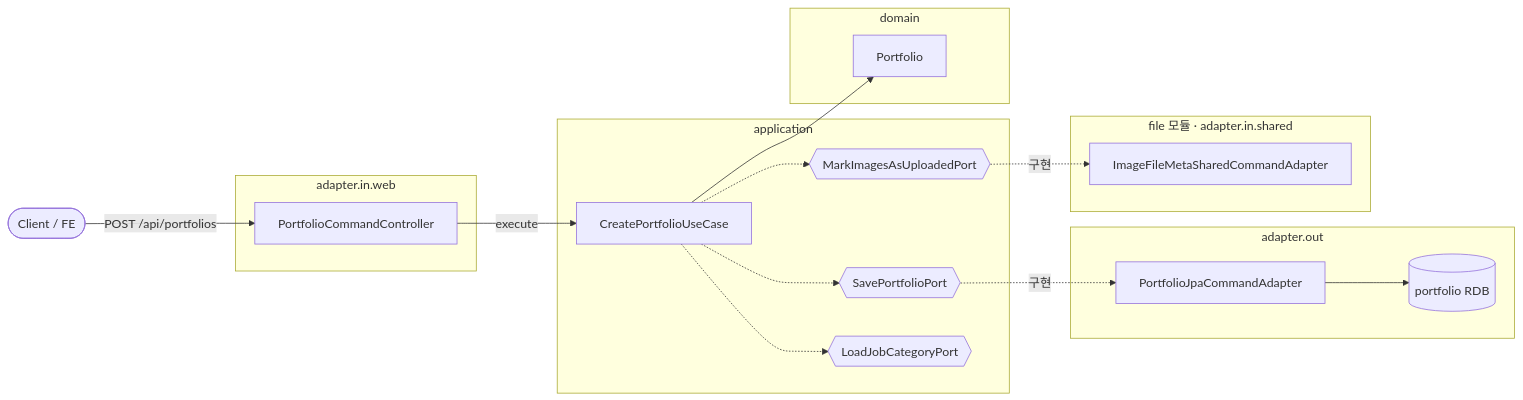
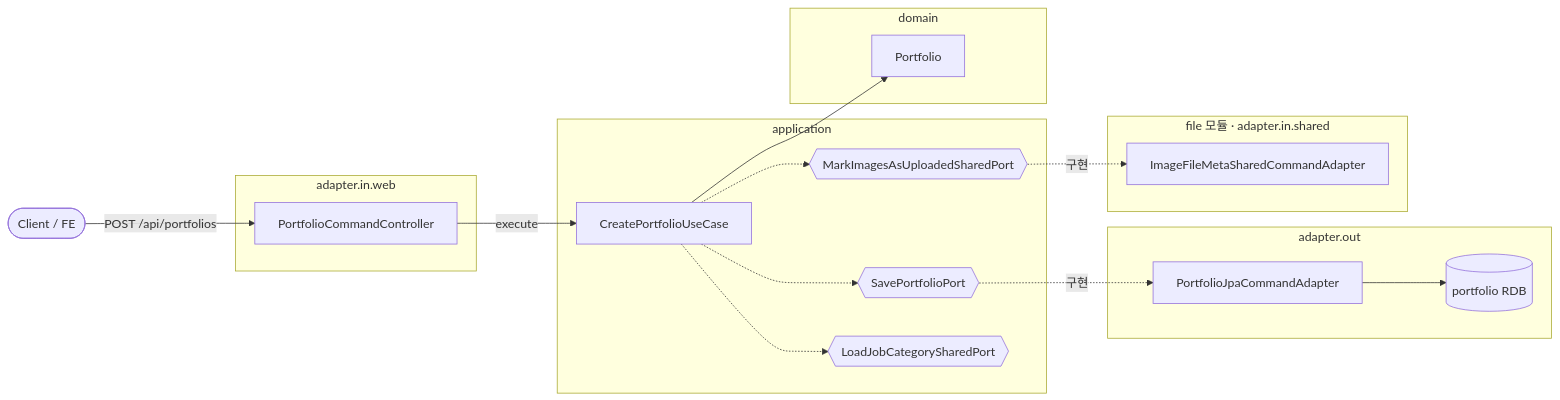
The fifth of 5 diagrams in docs/diagram/portfolio/register-flow.md (hirecore/hirecore-member-server), drawn with Mermaid before and after one commit. The commit also changed other lines of this file and 6 other files, not shown here.

Commit message:
docs: 다이어그램의 낡은 DTO/포트 식별자 갱신 (DTO 중첩·SharedPort 반영)

````diff
--- a/docs/diagram/portfolio/register-flow.md
+++ b/docs/diagram/portfolio/register-flow.md
@@ -126,38 +126,38 @@
 ```mermaid
 flowchart LR
     Client([Client / FE])
 
     subgraph web[adapter.in.web]
         Ctrl[PortfolioCommandController]
     end
 
     subgraph app[application]
         UC[CreatePortfolioUseCase]
         SavePort{{SavePortfolioPort}}
-        MarkPort{{MarkImagesAsUploadedPort}}
-        JobPort{{LoadJobCategoryPort}}
+        MarkPort{{MarkImagesAsUploadedSharedPort}}
+        JobPort{{LoadJobCategorySharedPort}}
     end
 
     subgraph domain[domain]
         Portfolio[Portfolio]
     end
 
     subgraph out[adapter.out]
         PfAdapter[PortfolioJpaCommandAdapter]
         DB[(portfolio RDB)]
     end
 
     subgraph file[file 모듈 · adapter.in.shared]
         FileAdapter[ImageFileMetaSharedCommandAdapter]
     end
 
     Client -->|POST /api/portfolios| Ctrl
     Ctrl -->|execute| UC
     UC --> Portfolio
     UC -.-> SavePort
     UC -.-> MarkPort
     UC -.-> JobPort
     SavePort -.->|구현| PfAdapter
     MarkPort -.->|구현| FileAdapter
     PfAdapter --> DB
 ```
````
